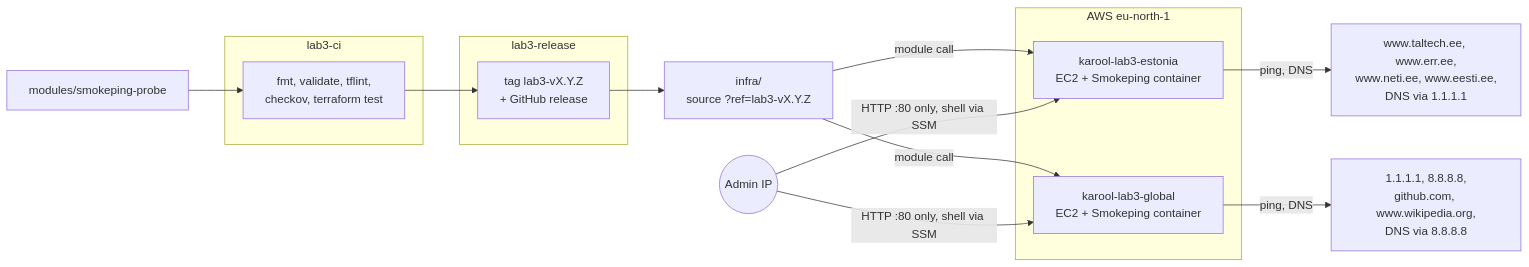
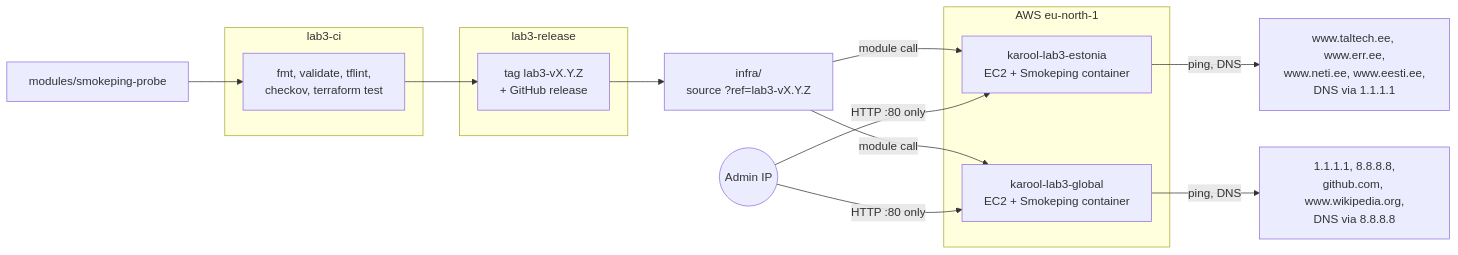
The diagram in LAB3/README.md (KarlErikOol/ICA0024), drawn with Mermaid before and after one commit. The commit also changed other lines of this file and 1 other file, not shown here.

````diff
--- a/LAB3/README.md
+++ b/LAB3/README.md
@@ -17,29 +17,29 @@
 ```mermaid
 flowchart LR
     src["modules/smokeping-probe"]
 
     subgraph ci["lab3-ci"]
         checks["fmt, validate, tflint,<br/>checkov, terraform test"]
     end
 
     subgraph rel["lab3-release"]
         tag["tag lab3-vX.Y.Z<br/>+ GitHub release"]
     end
 
     consumer["infra/<br/>source ?ref=lab3-vX.Y.Z"]
 
     subgraph aws["AWS eu-north-1"]
         est["karool-lab3-estonia<br/>EC2 + Smokeping container"]
         glob["karool-lab3-global<br/>EC2 + Smokeping container"]
     end
 
     ee["www.taltech.ee, www.err.ee,<br/>www.neti.ee, www.eesti.ee,<br/>DNS via 1.1.1.1"]
     world["1.1.1.1, 8.8.8.8,<br/>github.com, www.wikipedia.org,<br/>DNS via 8.8.8.8"]
     admin(("Admin IP"))
 
     src --> checks --> tag --> consumer
     consumer -->|module call| est & glob
     est -->|ping, DNS| ee
     glob -->|ping, DNS| world
-    admin -->|"HTTP :80 only, shell via SSM"| est & glob
+    admin -->|"HTTP :80 only"| est & glob
 ```
````
